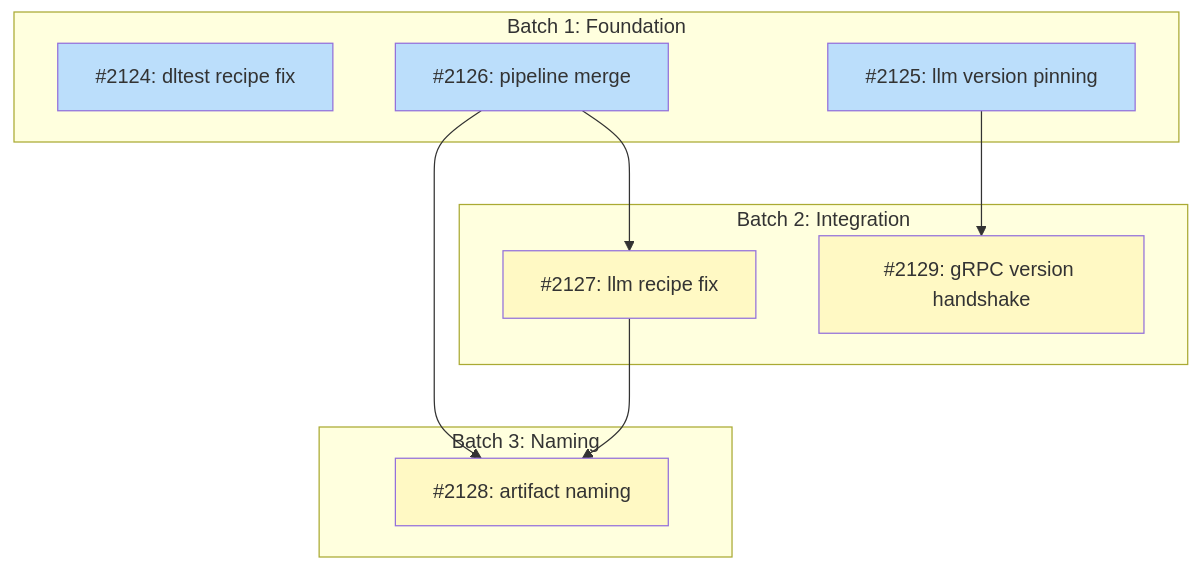
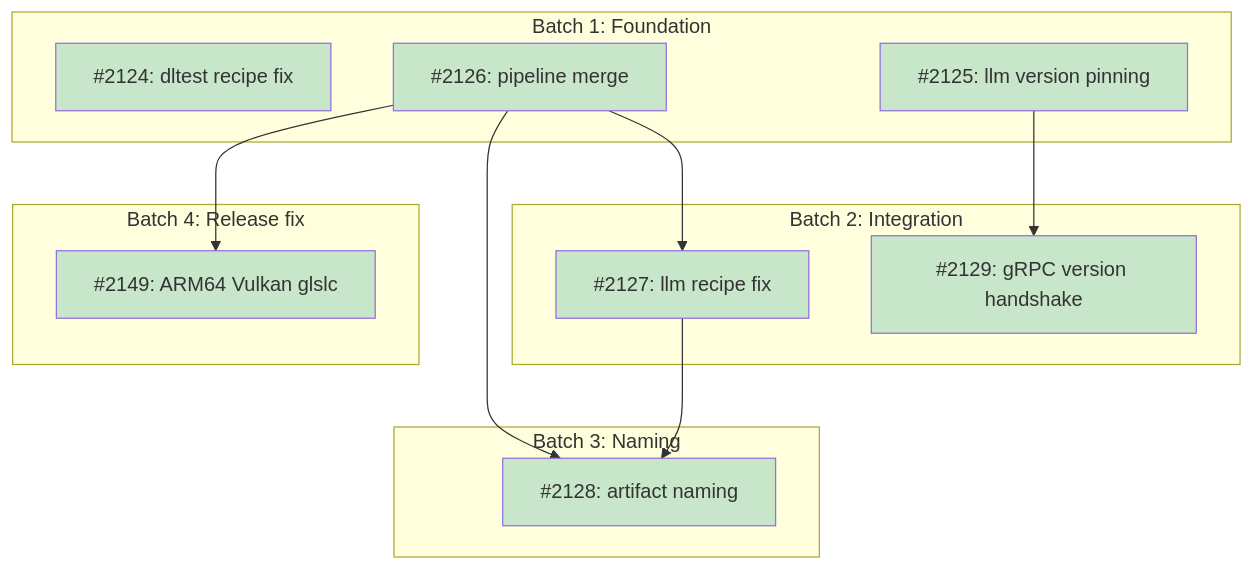
The diagram in docs/plans/PLAN-unified-release-versioning.md (tsukumogami/tsuku), drawn with Mermaid before and after one commit. The commit also changed other lines of this file and 11 other files, not shown here.

````diff
--- a/docs/plans/PLAN-unified-release-versioning.md
+++ b/docs/plans/PLAN-unified-release-versioning.md
@@ -49,35 +51,33 @@
 ```mermaid
 graph TD
     subgraph Batch1["Batch 1: Foundation"]
         I2124["#2124: dltest recipe fix"]
         I2125["#2125: llm version pinning"]
         I2126["#2126: pipeline merge"]
     end
 
     subgraph Batch2["Batch 2: Integration"]
         I2127["#2127: llm recipe fix"]
         I2129["#2129: gRPC version handshake"]
     end
 
     subgraph Batch3["Batch 3: Naming"]
         I2128["#2128: artifact naming"]
     end
 
+    subgraph Batch4["Batch 4: Release fix"]
+        I2149["#2149: ARM64 Vulkan glslc"]
+    end
+
     I2126 --> I2127
     I2125 --> I2129
     I2126 --> I2128
     I2127 --> I2128
+    I2126 --> I2149
 
     classDef done fill:#c8e6c9
     classDef ready fill:#bbdefb
     classDef blocked fill:#fff9c4
-    classDef needsDesign fill:#e1bee7
-    classDef needsPrd fill:#b3e5fc
-    classDef needsSpike fill:#ffcdd2
-    classDef needsDecision fill:#d1c4e9
-    classDef tracksDesign fill:#FFE0B2,stroke:#F57C00,color:#000
-    classDef tracksPlan fill:#FFE0B2,stroke:#F57C00,color:#000
 
-    class I2124,I2125,I2126 ready
-    class I2127,I2128,I2129 blocked
+    class I2124,I2125,I2126,I2127,I2128,I2129,I2149 done
 ```
````
